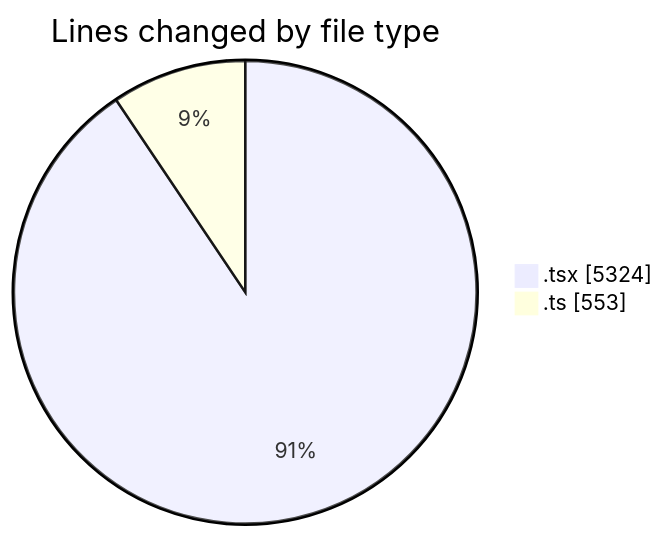
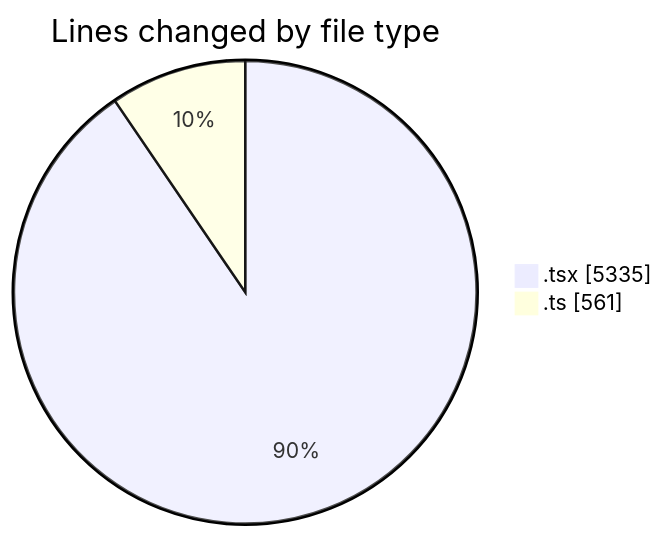
Before and after one commit to nxtqubesakshisongat/code-tracking: the first of 2 diagrams in 2026-03-15/nxtqube_webapp/README.md, drawn with Mermaid. The commit also changed other lines of this file and 1 other file, not shown here.

````diff
--- a/2026-03-15/nxtqube_webapp/README.md
+++ b/2026-03-15/nxtqube_webapp/README.md
@@ -32,6 +32,6 @@
 ```mermaid
 pie showData
 title Lines changed by file type
-".tsx" : 5324
-".ts" : 553
+".tsx" : 5335
+".ts" : 561
 ```
````
